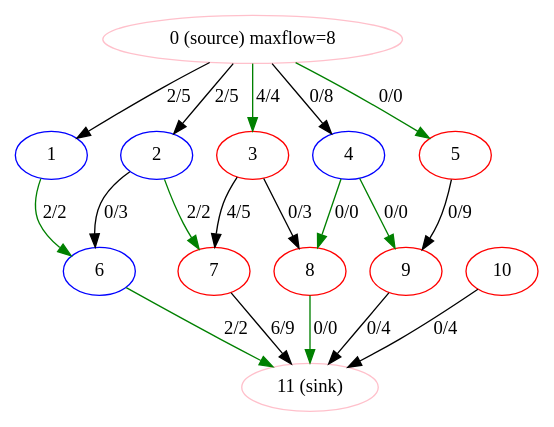
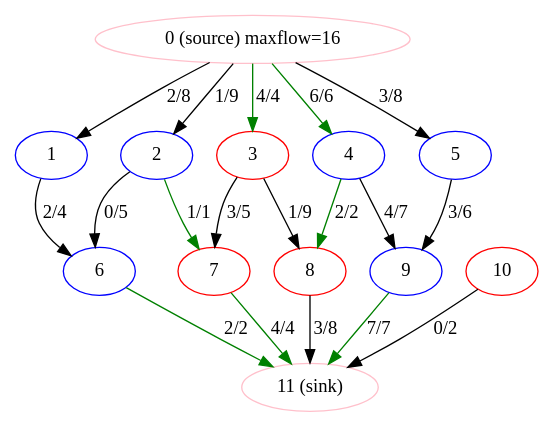
The diagram in Src/c/Algorithms wSrc/maxflow/edmonds-karp/maxflow.gv (arcadiabill/Learn_GIT), drawn with Graphviz before and after one commit. The commit also changed 340 other files, not shown here.

```diff
--- a/Src/c/Algorithms wSrc/maxflow/edmonds-karp/maxflow.gv
+++ b/Src/c/Algorithms wSrc/maxflow/edmonds-karp/maxflow.gv
@@ -1,35 +1,35 @@
 // View this maxflow graph in Graphviz
 digraph G {
   layout=dot;
   splines=true;
-  0 [color=pink label = "0 (source) maxflow=8"];
+  0 [color=pink label = "0 (source) maxflow=16"];
   11 [color=pink label = "11 (sink)"];
   1 [label = "1" color=blue ];
   2 [label = "2" color=blue ];
   3 [label = "3" color=red /*mincut*/ ];
   4 [label = "4" color=blue ];
-  5 [label = "5" color=red /*mincut*/ ];
+  5 [label = "5" color=blue ];
   6 [label = "6" color=blue ];
   7 [label = "7" color=red /*mincut*/ ];
   8 [label = "8" color=red /*mincut*/ ];
-  9 [label = "9" color=red /*mincut*/ ];
+  9 [label = "9" color=blue ];
   10 [label = "10" color=red /*mincut*/ ];
-  0 -> 1 [label = "2/5" color=black /*spare*/ ];
-  0 -> 2 [label = "2/5" color=black /*spare*/ ];
+  0 -> 1 [label = "2/8" color=black /*spare*/ ];
+  0 -> 2 [label = "1/9" color=black /*spare*/ ];
   0 -> 3 [label = "4/4" color=green /*full*/ ];
-  0 -> 4 [label = "0/8" color=black /*spare*/ ];
-  0 -> 5 [label = "0/0" color=green /*full*/ ];
-  1 -> 6 [label = "2/2" color=green /*full*/ ];
-  2 -> 6 [label = "0/3" color=black /*spare*/ ];
-  2 -> 7 [label = "2/2" color=green /*full*/ ];
-  3 -> 7 [label = "4/5" color=black /*spare*/ ];
-  3 -> 8 [label = "0/3" color=black /*spare*/ ];
-  4 -> 8 [label = "0/0" color=green /*full*/ ];
-  4 -> 9 [label = "0/0" color=green /*full*/ ];
-  5 -> 9 [label = "0/9" color=black /*spare*/ ];
+  0 -> 4 [label = "6/6" color=green /*full*/ ];
+  0 -> 5 [label = "3/8" color=black /*spare*/ ];
+  1 -> 6 [label = "2/4" color=black /*spare*/ ];
+  2 -> 6 [label = "0/5" color=black /*spare*/ ];
+  2 -> 7 [label = "1/1" color=green /*full*/ ];
+  3 -> 7 [label = "3/5" color=black /*spare*/ ];
+  3 -> 8 [label = "1/9" color=black /*spare*/ ];
+  4 -> 8 [label = "2/2" color=green /*full*/ ];
+  4 -> 9 [label = "4/7" color=black /*spare*/ ];
+  5 -> 9 [label = "3/6" color=black /*spare*/ ];
   6 -> 11 [label = "2/2" color=green /*full*/ ];
-  7 -> 11 [label = "6/9" color=black /*spare*/ ];
-  8 -> 11 [label = "0/0" color=green /*full*/ ];
-  9 -> 11 [label = "0/4" color=black /*spare*/ ];
-  10 -> 11 [label = "0/4" color=black /*spare*/ ];
+  7 -> 11 [label = "4/4" color=green /*full*/ ];
+  8 -> 11 [label = "3/8" color=black /*spare*/ ];
+  9 -> 11 [label = "7/7" color=green /*full*/ ];
+  10 -> 11 [label = "0/2" color=black /*spare*/ ];
 }
```
